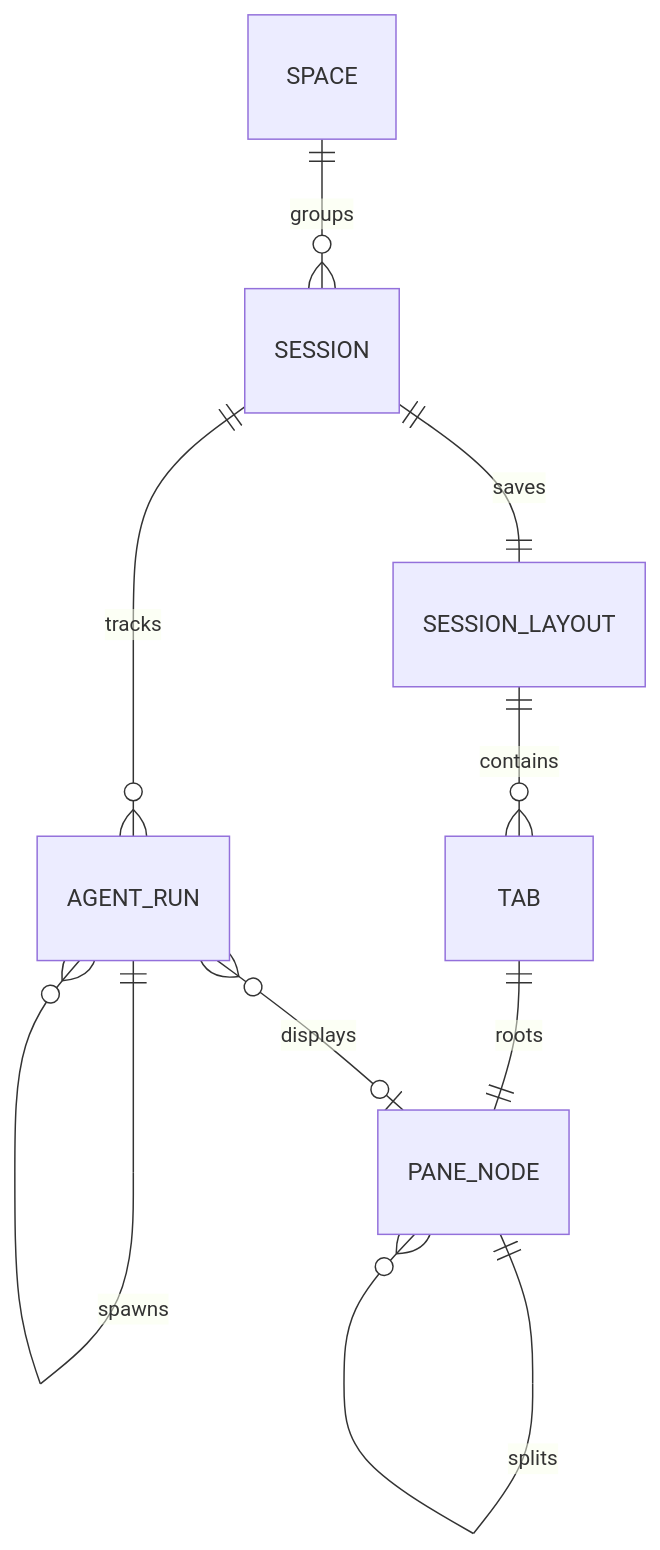
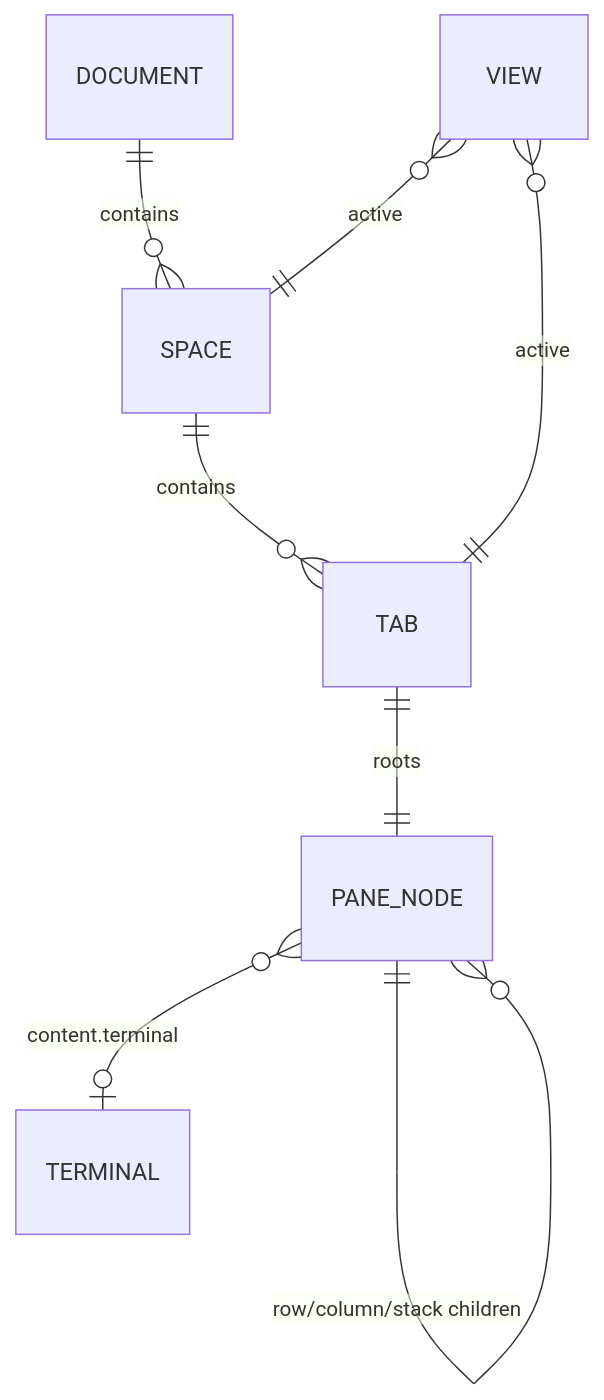
Before and after one commit to suj1e/ukk: the diagram in docs/subsystems/domain-model.md, drawn with Mermaid. The commit also changed other lines of this file and 5 other files, not shown here.

````diff
--- a/docs/subsystems/domain-model.md
+++ b/docs/subsystems/domain-model.md
@@ -29,11 +30,10 @@
 ```mermaid
 erDiagram
-    SPACE ||--o{ SESSION : groups
-    SESSION ||--o{ AGENT_RUN : tracks
-    AGENT_RUN ||--o{ AGENT_RUN : spawns
-    SESSION ||--|| SESSION_LAYOUT : saves
-    SESSION_LAYOUT ||--o{ TAB : contains
+    DOCUMENT ||--o{ SPACE : contains
+    SPACE ||--o{ TAB : contains
     TAB ||--|| PANE_NODE : roots
-    PANE_NODE ||--o{ PANE_NODE : splits
-    AGENT_RUN }o--o| PANE_NODE : displays
+    PANE_NODE ||--o{ PANE_NODE : "row/column/stack children"
+    PANE_NODE }o--o| TERMINAL : "content.terminal"
+    VIEW }o--|| SPACE : "active"
+    VIEW }o--|| TAB : "active"
 ```
````
